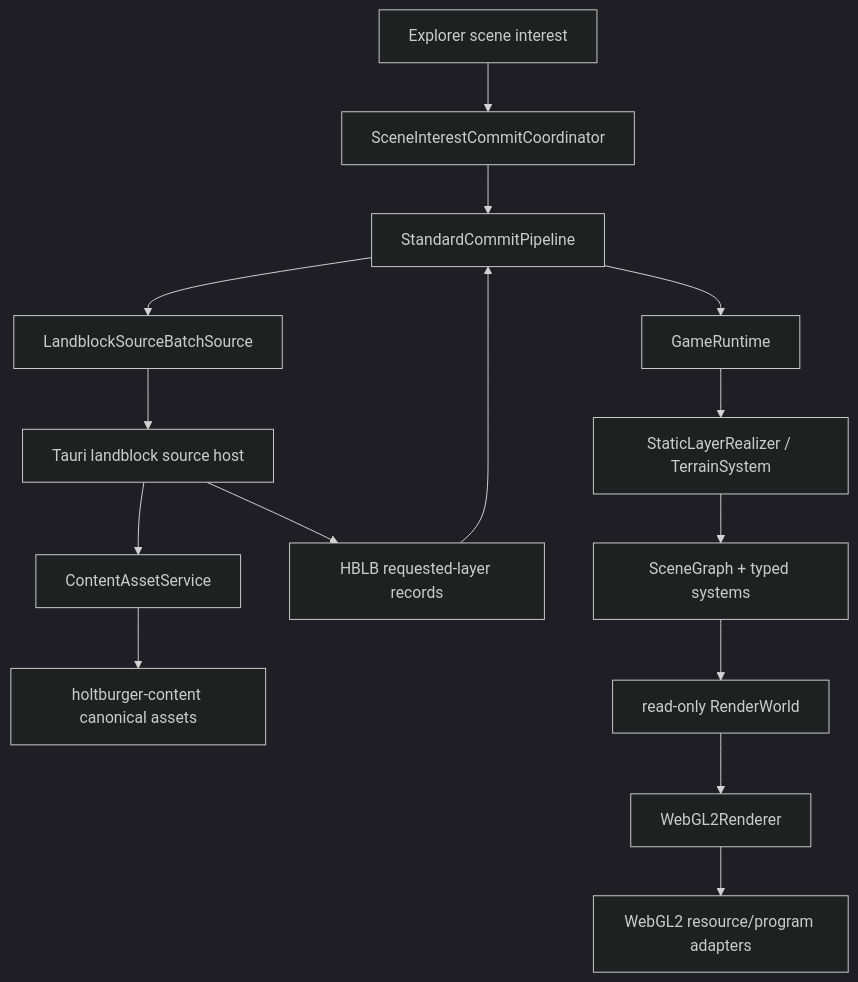
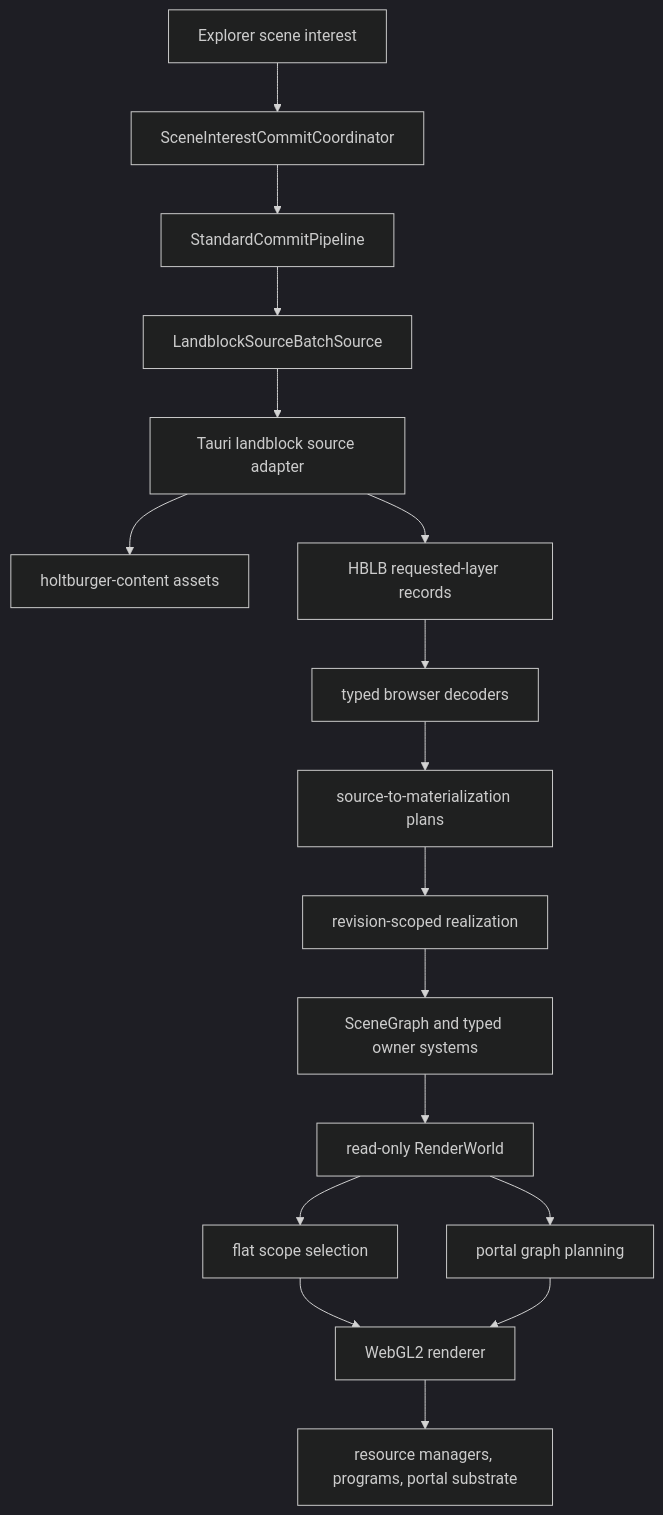
Before and after one commit to merklejerk/holtburger: the first of 2 diagrams in apps/holtburger-3d/ARCHITECTURE_AUDIT.md, drawn with Mermaid (dark theme). The commit also changed other lines of this file and 123 other files, not shown here.

````diff
--- a/apps/holtburger-3d/ARCHITECTURE_AUDIT.md
+++ b/apps/holtburger-3d/ARCHITECTURE_AUDIT.md
@@ -7,17 +22,19 @@
 ```mermaid
-graph TD
+flowchart TD
     Interest[Explorer scene interest] --> Coordinator[SceneInterestCommitCoordinator]
     Coordinator --> Pipeline[StandardCommitPipeline]
-    Pipeline --> Source[LandblockSourceBatchSource]
-    Source --> Host[Tauri landblock source host]
-    Host --> Core[ContentAssetService]
-    Core --> Content[holtburger-content canonical assets]
-    Host --> Batch[HBLB requested-layer records]
-    Batch --> Pipeline
-    Pipeline --> Runtime[GameRuntime]
-    Runtime --> Realizer[StaticLayerRealizer / TerrainSystem]
-    Realizer --> Scene[SceneGraph + typed systems]
-    Scene --> RenderWorld[read-only RenderWorld]
-    RenderWorld --> Renderer[WebGL2Renderer]
-    Renderer --> Device[WebGL2 resource/program adapters]
+    Pipeline --> Batch[LandblockSourceBatchSource]
+    Batch --> Host[Tauri landblock source adapter]
+    Host --> Content[holtburger-content assets]
+    Host --> HBLB[HBLB requested-layer records]
+    HBLB --> Decode[typed browser decoders]
+    Decode --> Materialize[source-to-materialization plans]
+    Materialize --> Realize[revision-scoped realization]
+    Realize --> Systems[SceneGraph and typed owner systems]
+    Systems --> World[read-only RenderWorld]
+    World --> Flat[flat scope selection]
+    World --> Portal[portal graph planning]
+    Flat --> Renderer[WebGL2 renderer]
+    Portal --> Renderer
+    Renderer --> Device[resource managers, programs, portal substrate]
 ```
````
